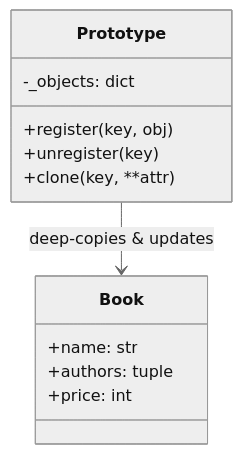
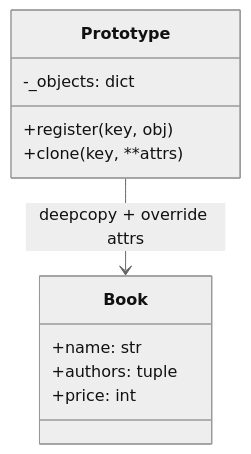
The diagram in python-design-patterns/creational/prototype.md (SanjayR857/All-in-One-Notes), drawn with Mermaid (neutral theme) before and after one commit. The commit also changed other lines of this file and 40 other files, not shown here.

````diff
--- a/python-design-patterns/creational/prototype.md
+++ b/python-design-patterns/creational/prototype.md
@@ -25,15 +32,14 @@
 ```mermaid
 classDiagram
     class Prototype {
         -_objects: dict
         +register(key, obj)
-        +unregister(key)
-        +clone(key, **attr)
+        +clone(key, **attrs)
     }
     class Book {
         +name: str
         +authors: tuple
         +price: int
     }
-    Prototype --> Book : deep-copies & updates
+    Prototype --> Book : deepcopy + override attrs
 ```
````
